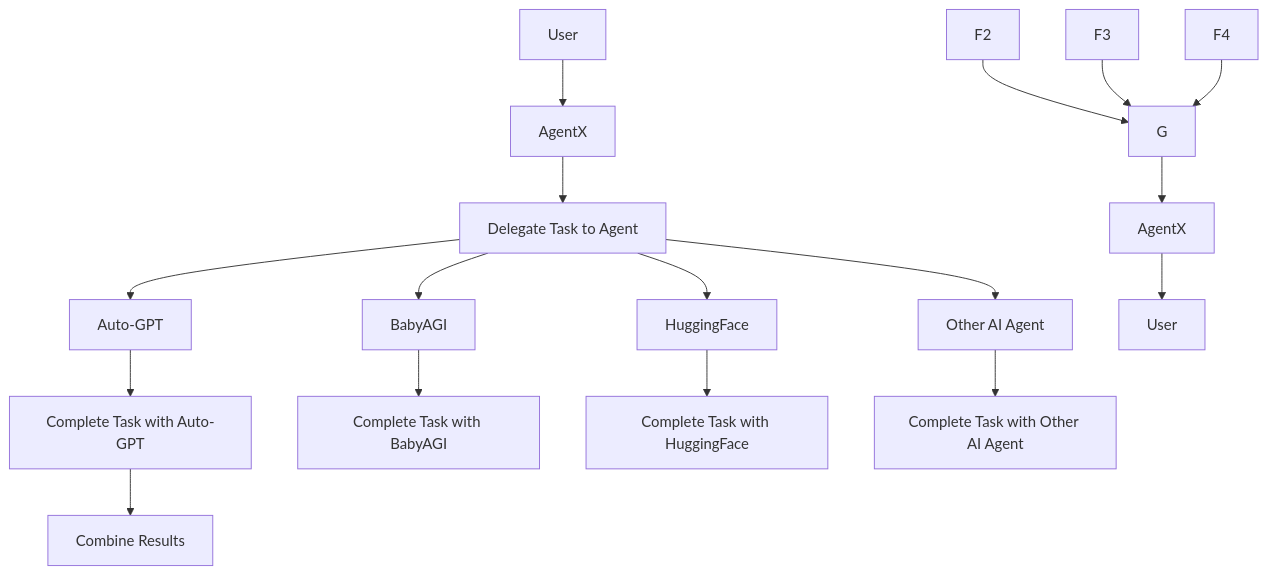
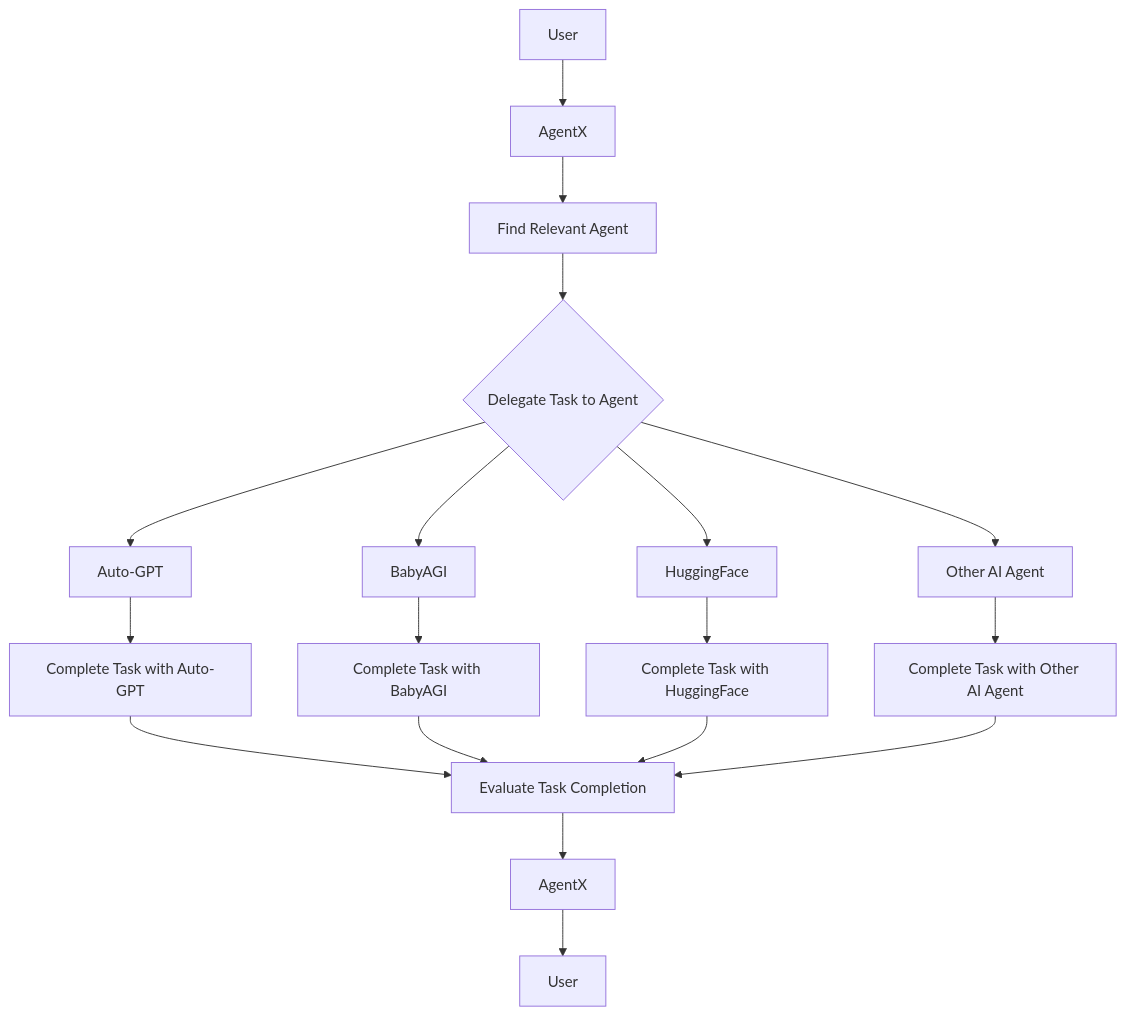
Before and after one commit to slavakurilyak/agentx: the diagram in README.md, drawn with Mermaid.

Commit message:
Update flowchart

````diff
--- a/README.md
+++ b/README.md
@@ -19,19 +19,20 @@
 ```mermaid
 graph TB
 A[User] --> B[AgentX]
-B --> C[Delegate Task to Agent]
-C --> D1[Auto-GPT]
-C --> D2[BabyAGI]
-C --> D3[HuggingFace]
-C --> D4[Other AI Agent]
-D1 --> E1[Complete Task with Auto-GPT]
-D2 --> E2[Complete Task with BabyAGI]
-D3 --> E3[Complete Task with HuggingFace]
-D4 --> E4[Complete Task with Other AI Agent]
-E1 --> F[Combine Results]
+B --> C[Find Relevant Agent]
+C --> D{Delegate Task to Agent}
+D --> E1[Auto-GPT]
+D --> E2[BabyAGI]
+D --> E3[HuggingFace]
+D --> E4[Other AI Agent]
+E1 --> F1[Complete Task with Auto-GPT]
+E2 --> F2[Complete Task with BabyAGI]
+E3 --> F3[Complete Task with HuggingFace]
+E4 --> F4[Complete Task with Other AI Agent]
+F1 --> G[Evaluate Task Completion]
 F2 --> G
 F3 --> G
 F4 --> G
 G --> H[AgentX]
 H --> I[User]
 ```
````
